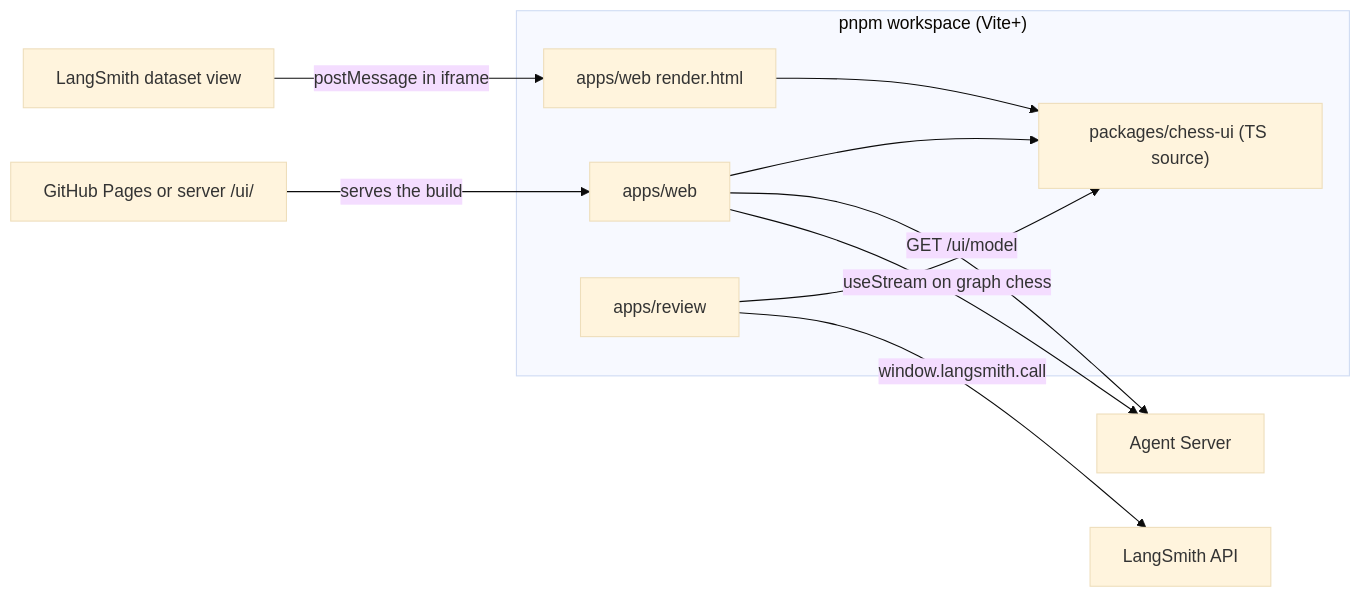
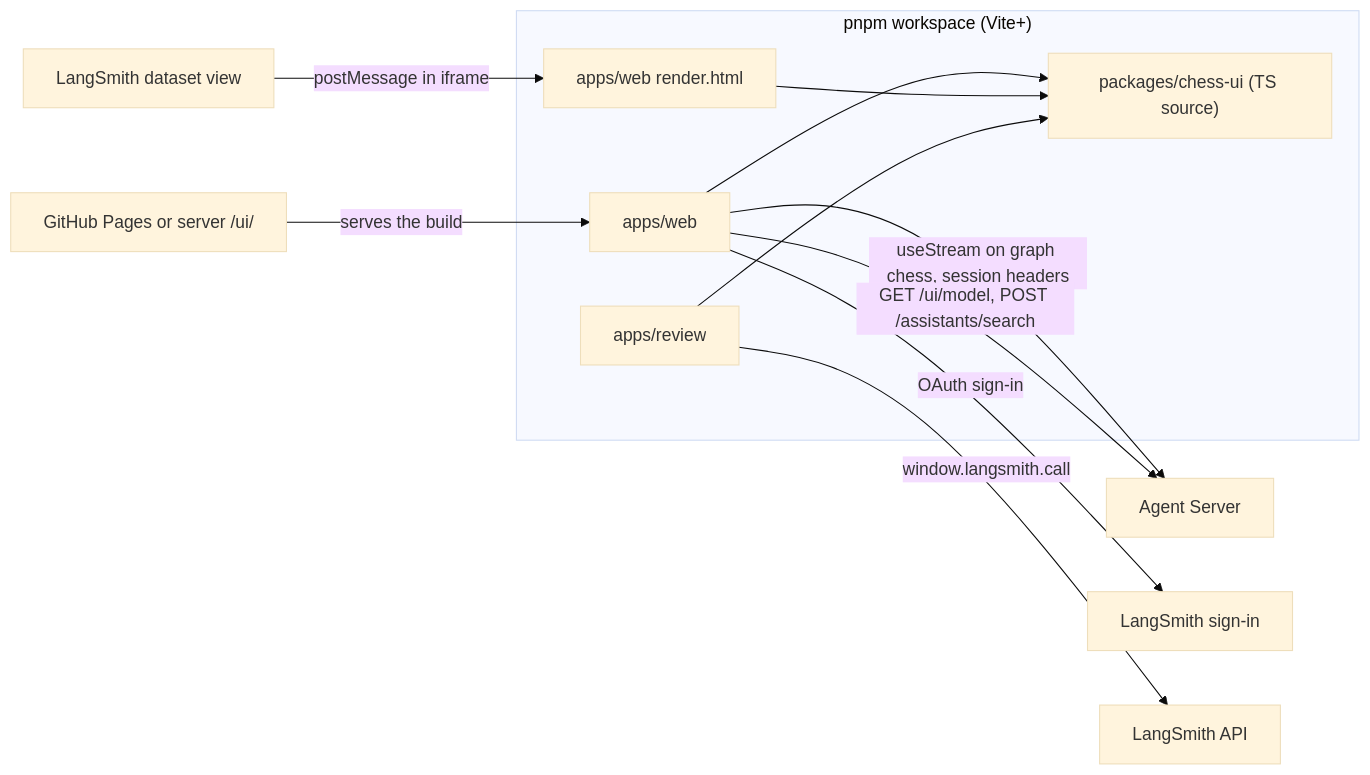
One commit to darieldatoon/langchain-chess changed the first of 4 diagrams in openwiki/architecture/web-frontends.md. Above: the diagram before and after it, drawn with Mermaid (base theme). The commit also changed other lines of this file and 28 other files, not shown here.

````diff
--- a/openwiki/architecture/web-frontends.md
+++ b/openwiki/architecture/web-frontends.md
@@ -135,17 +147,18 @@
 ```mermaid
 flowchart LR
   subgraph Workspace["pnpm workspace (Vite+)"]
     Web["apps/web"]
     Render["apps/web render.html"]
     Review["apps/review"]
     UI["packages/chess-ui (TS source)"]
   end
-  Web -->|"useStream on graph chess"| AS["Agent Server"]
-  Web -->|"GET /ui/model"| AS
+  Web -->|"useStream on graph chess, session headers"| AS["Agent Server"]
+  Web -->|"GET /ui/model, POST /assistants/search"| AS
+  Web -->|"OAuth sign-in"| LSO["LangSmith sign-in"]
   Pages["GitHub Pages or server /ui/"] -->|"serves the build"| Web
   LSR["LangSmith dataset view"] -->|"postMessage in iframe"| Render
   Review -->|"window.langsmith.call"| LS["LangSmith API"]
   Web --> UI
   Render --> UI
   Review --> UI
 ```
````
